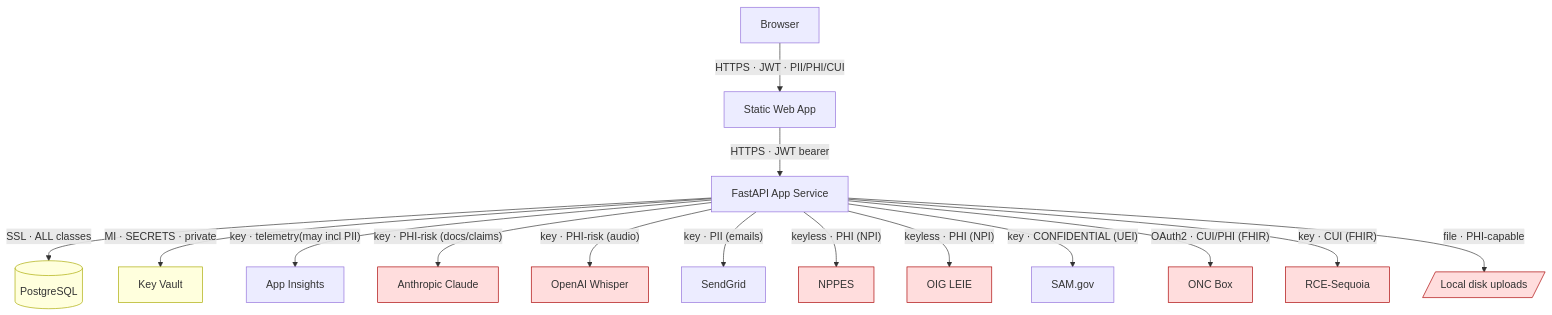
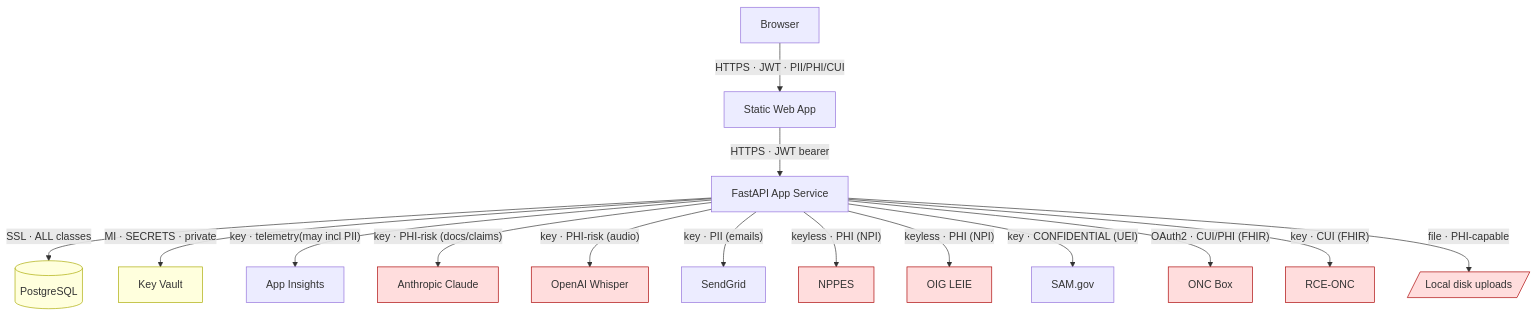
The diagram in security-platform/assessment/02_architecture/diagrams/data_flow.md (DocuAction/docuaction-backend), drawn with Mermaid before and after one commit. The commit also changed 42 other files, not shown here.

````diff
--- a/security-platform/assessment/02_architecture/diagrams/data_flow.md
+++ b/security-platform/assessment/02_architecture/diagrams/data_flow.md
@@ -3,24 +3,24 @@
 ```mermaid
 flowchart TB
     U[Browser] -->|"HTTPS · JWT · PII/PHI/CUI"| FE[Static Web App]
     FE -->|"HTTPS · JWT bearer"| BE[FastAPI App Service]
 
     BE -->|"SSL · ALL classes"| PG[(PostgreSQL)]
     BE -->|"MI · SECRETS · private"| KV[Key Vault]
     BE -->|"key · telemetry(may incl PII)"| AI[App Insights]
 
     BE -->|"key · PHI-risk (docs/claims)"| CL[Anthropic Claude]
     BE -->|"key · PHI-risk (audio)"| WH[OpenAI Whisper]
     BE -->|"key · PII (emails)"| SG[SendGrid]
     BE -->|"keyless · PHI (NPI)"| NP[NPPES]
     BE -->|"keyless · PHI (NPI)"| LE[OIG LEIE]
     BE -->|"key · CONFIDENTIAL (UEI)"| SAM[SAM.gov]
     BE -->|"OAuth2 · CUI/PHI (FHIR)"| BOX[ONC Box]
-    BE -->|"key · CUI (FHIR)"| RCE[RCE-Sequoia]
+    BE -->|"key · CUI (FHIR)"| RCE[RCE-ONC]
     BE -->|"file · PHI-capable"| DISK[/Local disk uploads/]
 
     classDef phi fill:#fdd,stroke:#a00;
     classDef sec fill:#ffd,stroke:#aa0;
     class CL,WH,NP,LE,BOX,RCE,DISK phi;
     class KV,PG sec;
 ```
````
